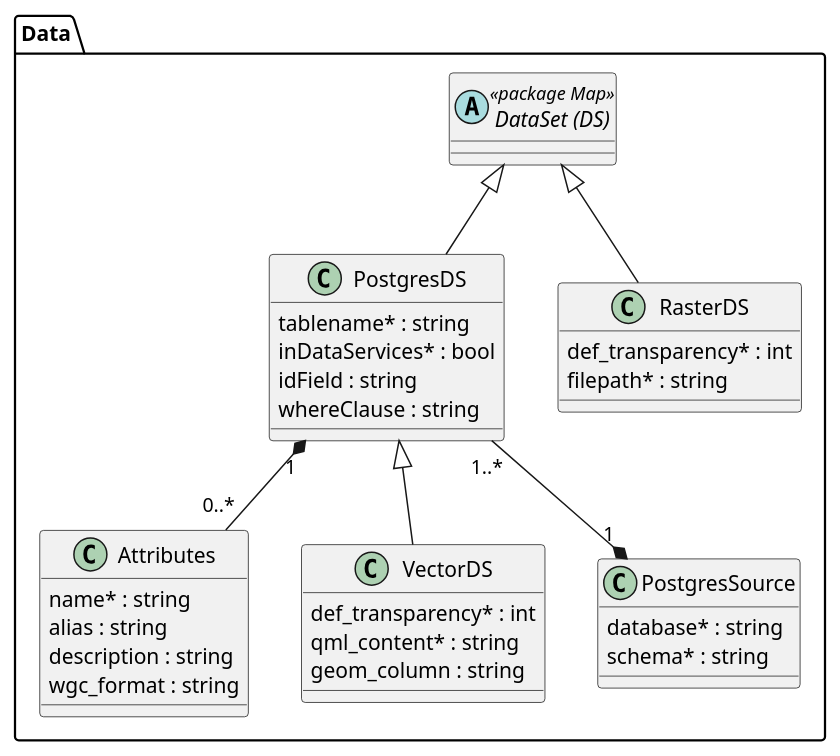
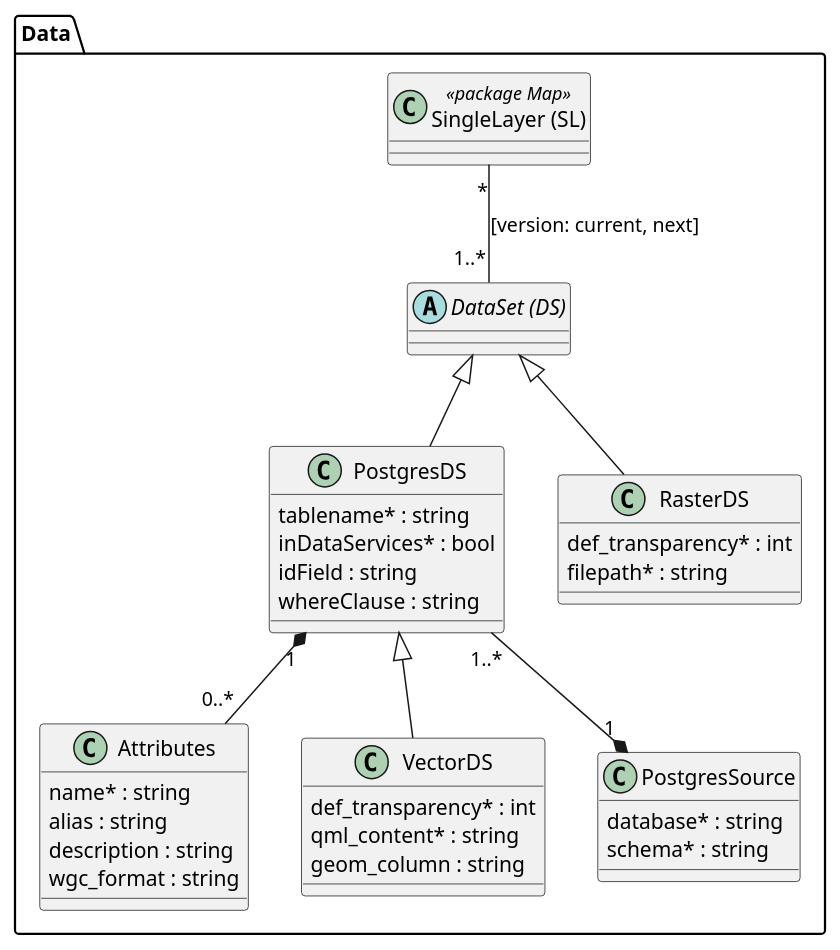
One commit to simi-so/mm changed the diagram in puml/src/simi_data.puml. Above: the diagram before and after it, drawn with PlantUML. The commit also changed 4 other files, not shown here.

```diff
--- a/puml/src/simi_data.puml
+++ b/puml/src/simi_data.puml
@@ -1,44 +1,49 @@
 @startuml
 
 package Data {
-  abstract class "DataSet (DS)" as ds << package Map >>
+
+  class "SingleLayer (SL)" as sl << package Map >>
+
+  abstract class "DataSet (DS)" as ds
   
   class "PostgresDS" as pds {
     tablename* : string
     inDataServices* : bool
     idField : string
     whereClause : string
   }
   
   class "Attributes" as attr {
     name* : string
     alias : string
     description : string
     wgc_format : string
   }
   
   class "VectorDS" as vds {
     def_transparency* : int
     qml_content* : string
     geom_column : string
   }
   
   class "RasterDS" as rds {
     def_transparency* : int
     filepath* : string
   }
   
   class "PostgresSource" as pgsrc {
     database* : string
     schema* : string
   }
   
   ds <|-- rds
   ds <|-- pds
   pds <|-- vds
+
+  sl "*" -- "1..*" ds : [version: current, next]
   
   pds "1..*" --* "1" pgsrc
   pds "1" *-- "0..*" attr
 }
 
 @enduml
```
